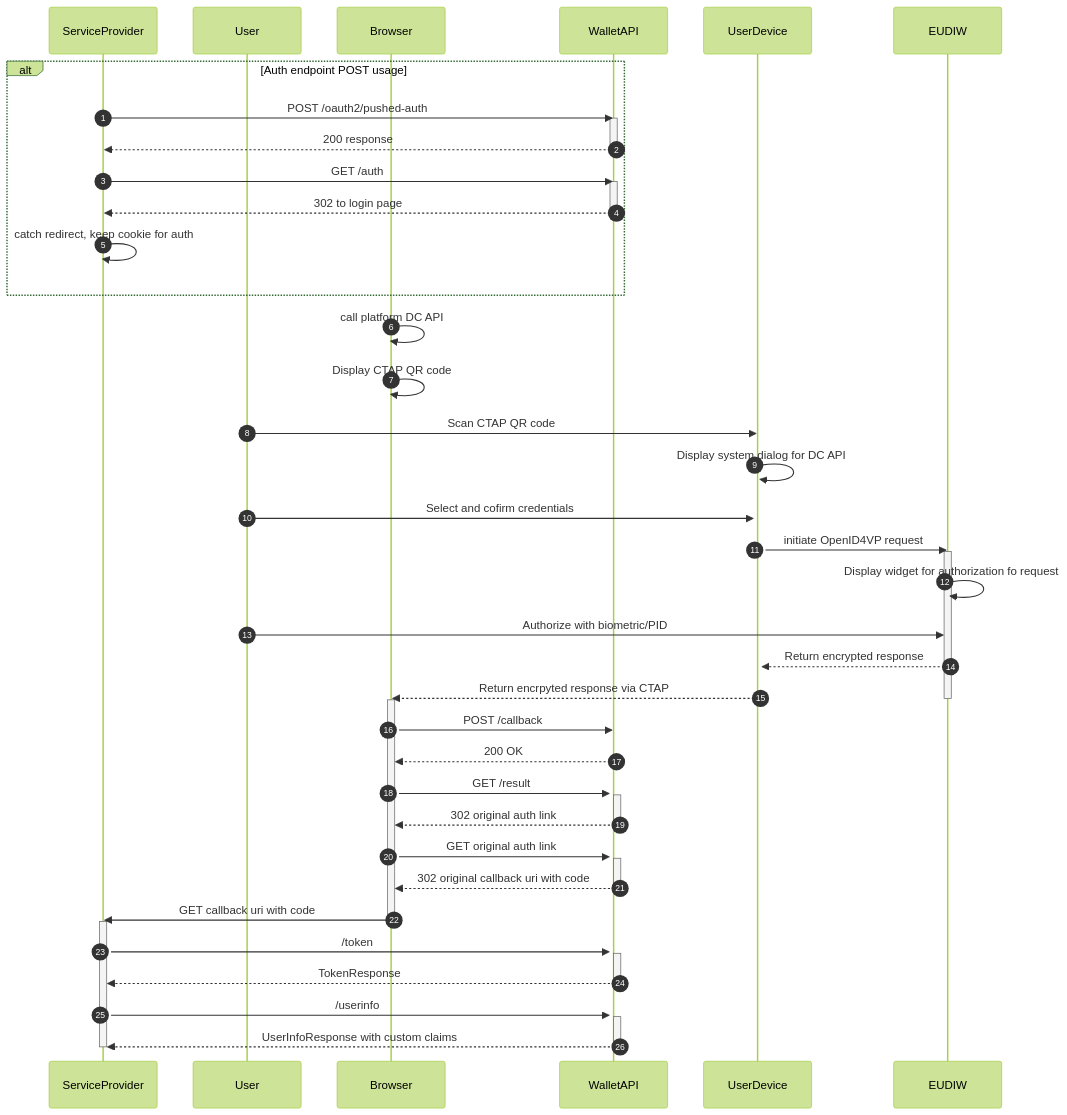
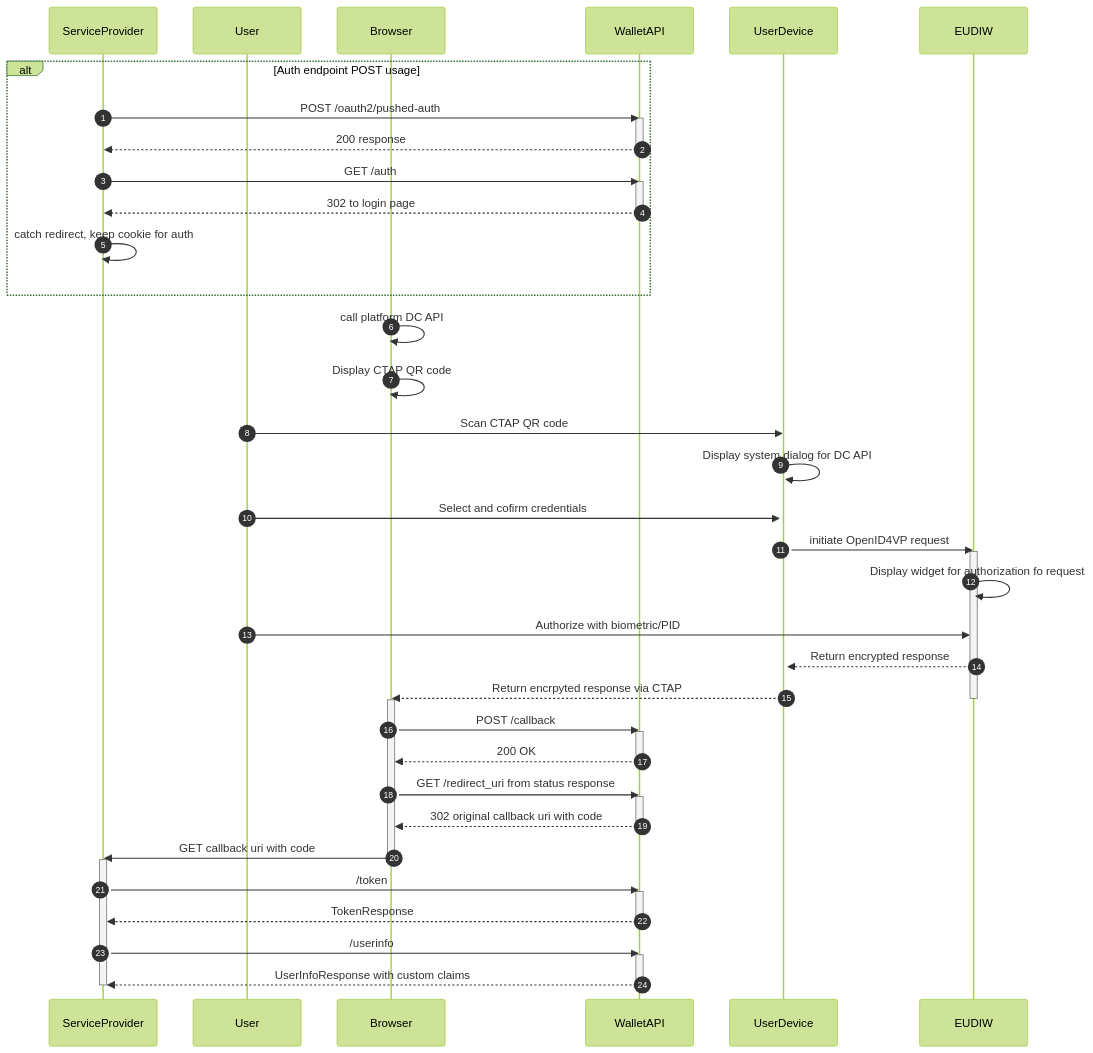
The diagram in docs/OpenID4VP_DCAPI_Sep.mmd (BankovniIdentita/wallet-api-docs), drawn with Mermaid (forest theme) before and after one commit. The commit also changed 4 other files, not shown here.

Commit message:
Remove `/result` endpoint and update documentation to reflect `redirect_uri` handling improvements

```diff
--- a/docs/OpenID4VP_DCAPI_Sep.mmd
+++ b/docs/OpenID4VP_DCAPI_Sep.mmd
@@ -1,67 +1,60 @@
 sequenceDiagram
     autonumber
     participant ServiceProvider
     participant User
     participant Browser
     participant WalletAPI
     participant UserDevice
     participant EUDIW
 
     alt Auth endpoint POST usage
 
         ServiceProvider->>WalletAPI: POST /oauth2/pushed-auth
         activate WalletAPI
         WalletAPI-->>ServiceProvider: 200 response
         deactivate WalletAPI
         ServiceProvider->>WalletAPI: GET /auth
         activate WalletAPI
         WalletAPI-->>ServiceProvider: 302 to login page
         deactivate WalletAPI
         ServiceProvider ->> ServiceProvider: catch redirect, keep cookie for auth
 
     end
     Browser ->> Browser: call platform DC API
     Browser ->> Browser: Display CTAP QR code
     User ->> UserDevice: Scan CTAP QR code
     activate UserDevice
     UserDevice ->> UserDevice: Display system dialog for DC API
     User ->> UserDevice: Select and cofirm credentials
     UserDevice ->> EUDIW: initiate OpenID4VP request
     activate EUDIW
     EUDIW ->> EUDIW: Display widget for authorization fo request
     User ->> EUDIW: Authorize with biometric/PID
     EUDIW -->> UserDevice: Return encrypted response
     UserDevice -->> Browser: Return encrpyted response via CTAP
     deactivate EUDIW
     activate Browser
     Browser ->> WalletAPI: POST /callback
     activate WalletAPI
     WalletAPI -->> Browser: 200 OK
 
 
 
-
-
-
-
-    Browser->>WalletAPI: GET /result
-    activate WalletAPI
-    WalletAPI-->>Browser: 302 original auth link
     deactivate WalletAPI
-    Browser->>WalletAPI: GET original auth link
+    Browser->>WalletAPI: GET /redirect_uri from status response
     activate WalletAPI
     WalletAPI-->>Browser: 302 original callback uri with code
     deactivate WalletAPI
     Browser->>ServiceProvider: GET callback uri with code
     deactivate Browser
 
     activate ServiceProvider
     ServiceProvider->>WalletAPI: /token
     activate WalletAPI
     WalletAPI-->>ServiceProvider: TokenResponse
     deactivate WalletAPI
     ServiceProvider->>WalletAPI: /userinfo
     activate WalletAPI
     WalletAPI-->>ServiceProvider: UserInfoResponse with custom claims
     deactivate WalletAPI
     deactivate ServiceProvider
```
